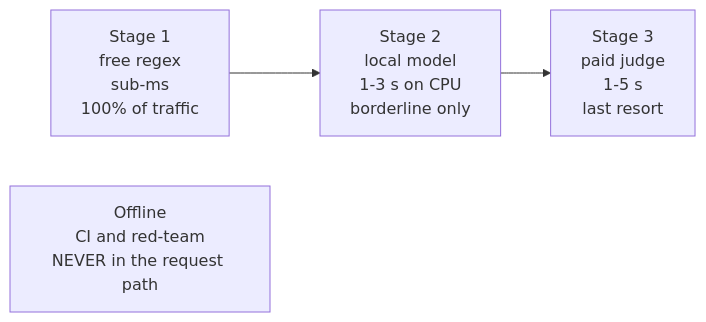
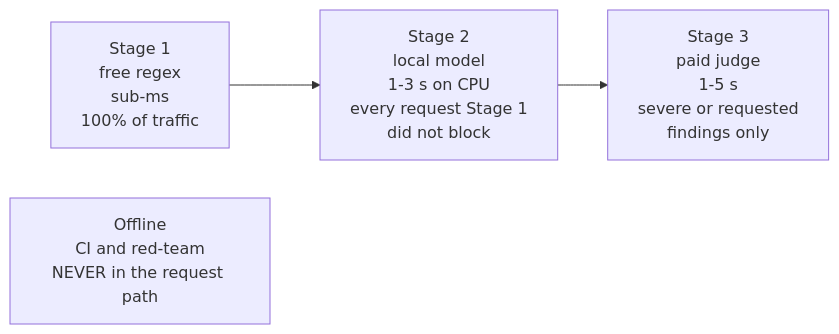
The second of 4 diagrams in docs/architecture.md (saimuthiki/RAI_AFNI), drawn with Mermaid before and after one commit. The commit also changed other lines of this file and 14 other files, not shown here.

````diff
--- a/docs/architecture.md
+++ b/docs/architecture.md
@@ -171,6 +177,6 @@
 ```mermaid
 flowchart LR
-    S1["Stage 1<br/>free regex<br/>sub-ms<br/>100% of traffic"] --> S2["Stage 2<br/>local model<br/>1-3 s on CPU<br/>borderline only"]
-    S2 --> S3["Stage 3<br/>paid judge<br/>1-5 s<br/>last resort"]
+    S1["Stage 1<br/>free regex<br/>sub-ms<br/>100% of traffic"] --> S2["Stage 2<br/>local model<br/>1-3 s on CPU<br/>every request Stage 1<br/>did not block"]
+    S2 --> S3["Stage 3<br/>paid judge<br/>1-5 s<br/>severe or requested<br/>findings only"]
     OFF["Offline<br/>CI and red-team<br/>NEVER in the request path"]
 ```
````
